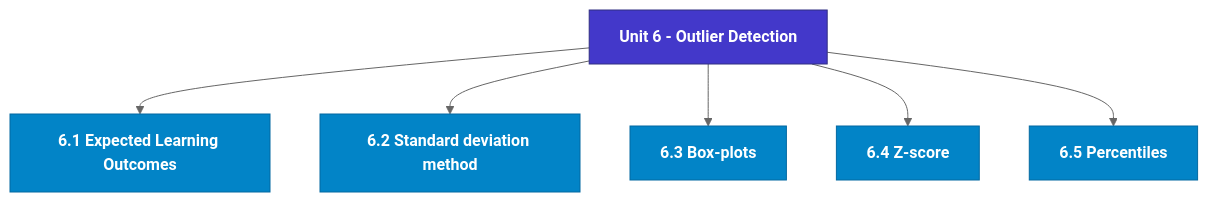
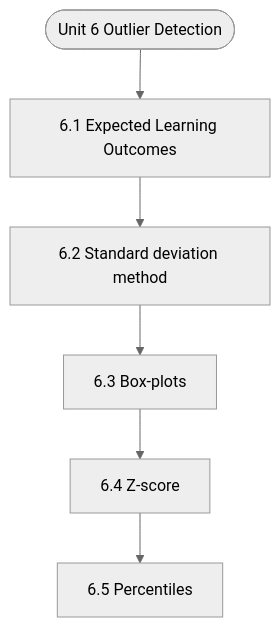
The diagram in notes/Semester_2/MCS-068_Predictive_Data_Analysis/unit_06_Outlier_Detection.md (Asutosh-Coaching/mscdsa), drawn with Mermaid (neutral theme) before and after one commit. The commit also changed other lines of this file and 115 other files, not shown here.

Commit message:
Fix Mermaid layout for mobile, isolate LaTeX delimiters, and add GitHub Pages reader

````diff
--- a/notes/Semester_2/MCS-068_Predictive_Data_Analysis/unit_06_Outlier_Detection.md
+++ b/notes/Semester_2/MCS-068_Predictive_Data_Analysis/unit_06_Outlier_Detection.md
@@ -19,19 +19,14 @@
 ```mermaid
 flowchart TD
-  %% Styling Definitions
-  classDef head fill:#4338ca,stroke:#312e81,color:#ffffff,font-weight:bold;
-  classDef topic fill:#0284c7,stroke:#0369a1,color:#ffffff,font-weight:600;
-  classDef sub fill:#1e293b,stroke:#475569,color:#f8fafc;
-
-  Root["Unit 6 - Outlier Detection"]:::head
-  M1["6.1 Expected Learning Outcomes"]:::topic
-  Root --> M1
-  M2["6.2 Standard deviation method"]:::topic
-  Root --> M2
-  M3["6.3 Box-plots"]:::topic
-  Root --> M3
-  M4["6.4 Z-score"]:::topic
-  Root --> M4
-  M5["6.5 Percentiles"]:::topic
-  Root --> M5
+  Start(["Unit 6 Outlier Detection"])
+  N1["6.1 Expected Learning Outcomes"]
+  N2["6.2 Standard deviation method"]
+  N3["6.3 Box-plots"]
+  N4["6.4 Z-score"]
+  N5["6.5 Percentiles"]
+  Start --> N1
+  N1 --> N2
+  N2 --> N3
+  N3 --> N4
+  N4 --> N5
 ```
````
